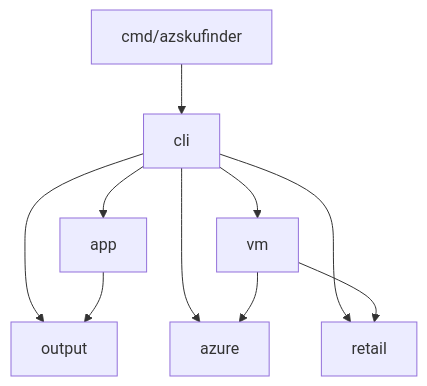
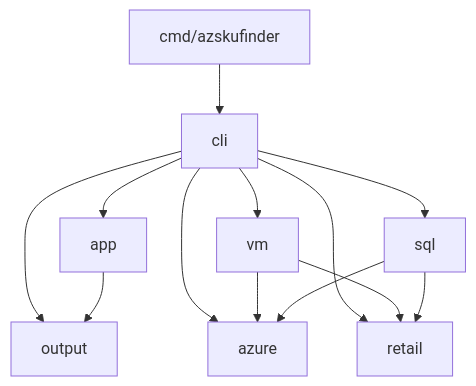
The diagram in ARCHITECTURE.md (mike-guy/azskufinder), drawn with Mermaid before and after one commit. The commit also changed other lines of this file and 44 other files, not shown here.

````diff
--- a/ARCHITECTURE.md
+++ b/ARCHITECTURE.md
@@ -100,12 +119,15 @@
 ```mermaid
 graph TD
     cmd[cmd/azskufinder] --> cli
     cli --> app
     cli --> vm
+    cli --> sql
     cli --> output
     cli --> azure
     cli --> retail
     app --> output
     vm --> azure
     vm --> retail
+    sql --> azure
+    sql --> retail
 ```
````
